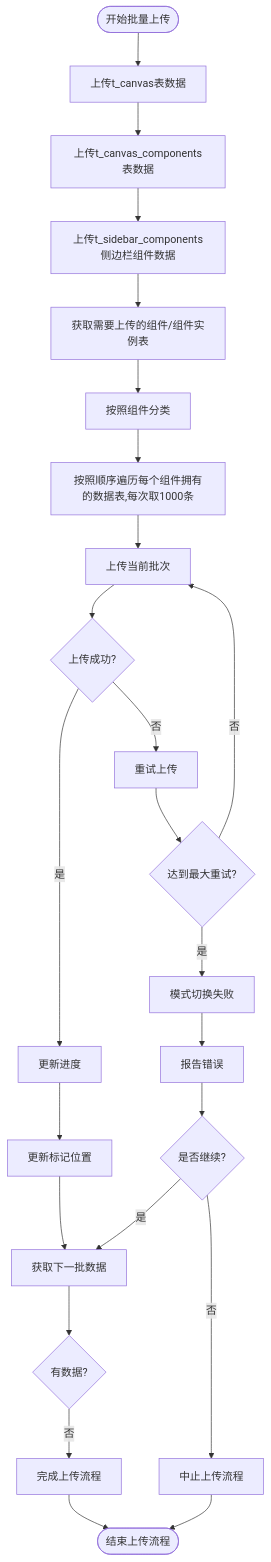
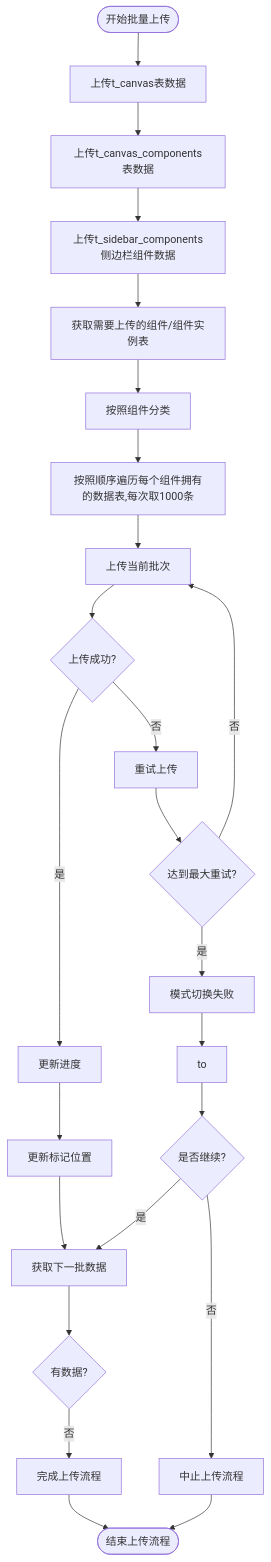
The diagram in all/未命名-51.md (yingjianzh/iodraw-files), drawn with Mermaid before and after one commit.

Commit message:
2025-05-08 17:35:39 update

````diff
--- a/all/未命名-51.md
+++ b/all/未命名-51.md
@@ -1,35 +1,35 @@
 ```mermaid
 flowchart TD
     Start([开始批量上传]) --> UploadSpaceData[上传t_canvas表数据]
     UploadSpaceData --> UploadComponentListData[上传t_canvas_components表数据]
     UploadComponentListData --> UploadSiderComponent[上传t_sidebar_components侧边栏组件数据]
     UploadSiderComponent --> FetchData[获取需要上传的组件/组件实例表]
     FetchData --> ClassifyData[按照组件分类]
     ClassifyData --> UploadData[按照顺序遍历每个组件拥有的数据表,每次取1000条]
     UploadData --> UploadBatch[上传当前批次]
     
     UpdateProgress --> UpdateMarker[更新标记位置]
     UpdateMarker --> FetchNextBatch[获取下一批数据]
     
     FetchNextBatch --> CheckResults{有数据?}
     CheckResults -->|否| CompleteUpload[完成上传流程]
      
     
     UploadBatch --> UploadSuccess{上传成功?}
     UploadSuccess -->|是| UpdateProgress[更新进度]
     UploadSuccess -->|否| RetryUpload[重试上传]
     
     RetryUpload --> MaxRetries{达到最大重试?}
     MaxRetries -->|否| UploadBatch
     MaxRetries -->|是| ErrorHandling[模式切换失败]
     
-    ErrorHandling --> ReportError[报告错误]
+    ErrorHandling --> ReportError[to]
     ReportError --> ContinueOption{是否继续?}
     ContinueOption -->|是| FetchNextBatch
     ContinueOption -->|否| AbortProcess[中止上传流程]
     
     
     
     CompleteUpload --> End([结束上传流程])
     AbortProcess --> End
 ```
````
